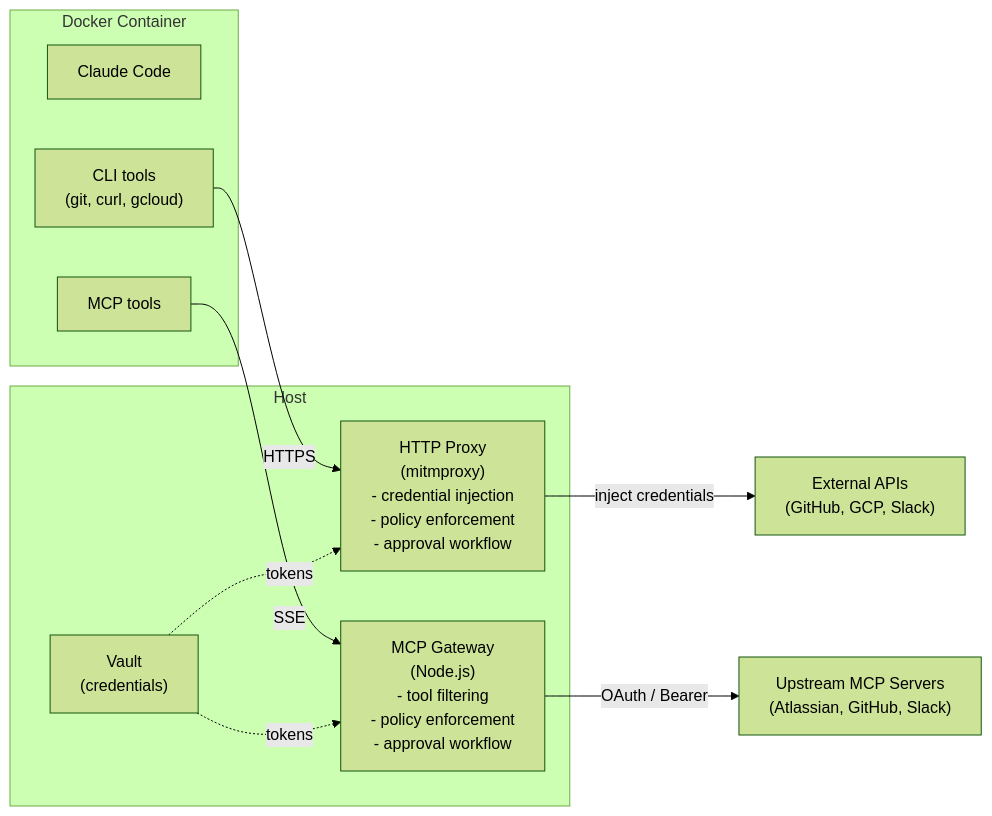
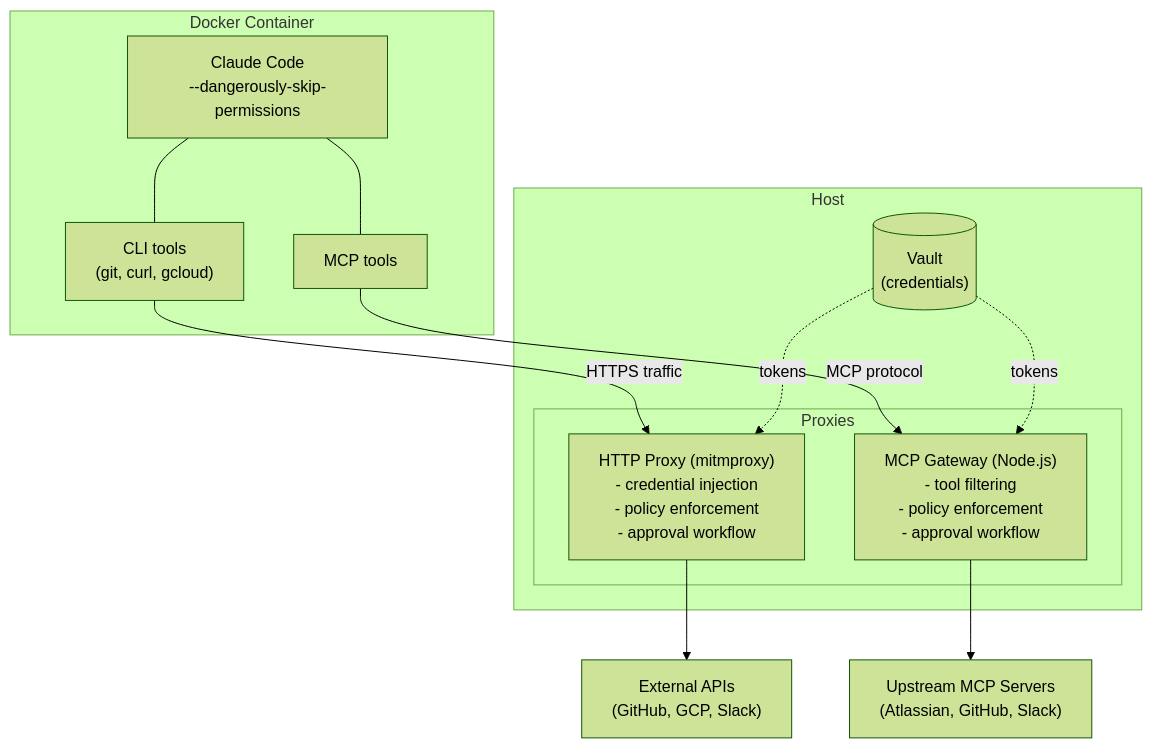
The diagram in README.md (gastonsalgado/agent-sandbox), drawn with Mermaid (forest theme) before and after one commit.

Commit message:
docs: improve architecture diagram layout to avoid crossing arrows

````diff
--- a/README.md
+++ b/README.md
@@ -15,21 +15,27 @@
 ```mermaid
-graph LR
+graph TD
     subgraph Container["Docker Container"]
-        CC[Claude Code]
+        CC["Claude Code\n--dangerously-skip-permissions"]
         CLI["CLI tools\n(git, curl, gcloud)"]
         MCP["MCP tools"]
+        CC --- CLI
+        CC --- MCP
     end
 
     subgraph Host
-        Proxy["HTTP Proxy\n(mitmproxy)\n- credential injection\n- policy enforcement\n- approval workflow"]
-        Gateway["MCP Gateway\n(Node.js)\n- tool filtering\n- policy enforcement\n- approval workflow"]
-        Vault["Vault\n(credentials)"]
+        subgraph Proxies
+            Proxy["HTTP Proxy (mitmproxy)\n- credential injection\n- policy enforcement\n- approval workflow"]
+            Gateway["MCP Gateway (Node.js)\n- tool filtering\n- policy enforcement\n- approval workflow"]
+        end
+        Vault[("Vault\n(credentials)")]
     end
 
-    CLI -->|HTTPS| Proxy
-    MCP -->|SSE| Gateway
-    Proxy -->|inject credentials| APIs["External APIs\n(GitHub, GCP, Slack)"]
-    Gateway -->|OAuth / Bearer| Upstreams["Upstream MCP Servers\n(Atlassian, GitHub, Slack)"]
+    CLI -->|HTTPS traffic| Proxy
+    MCP -->|MCP protocol| Gateway
+
     Vault -.->|tokens| Proxy
     Vault -.->|tokens| Gateway
+
+    Proxy --> APIs["External APIs\n(GitHub, GCP, Slack)"]
+    Gateway --> Upstreams["Upstream MCP Servers\n(Atlassian, GitHub, Slack)"]
 ```
````
